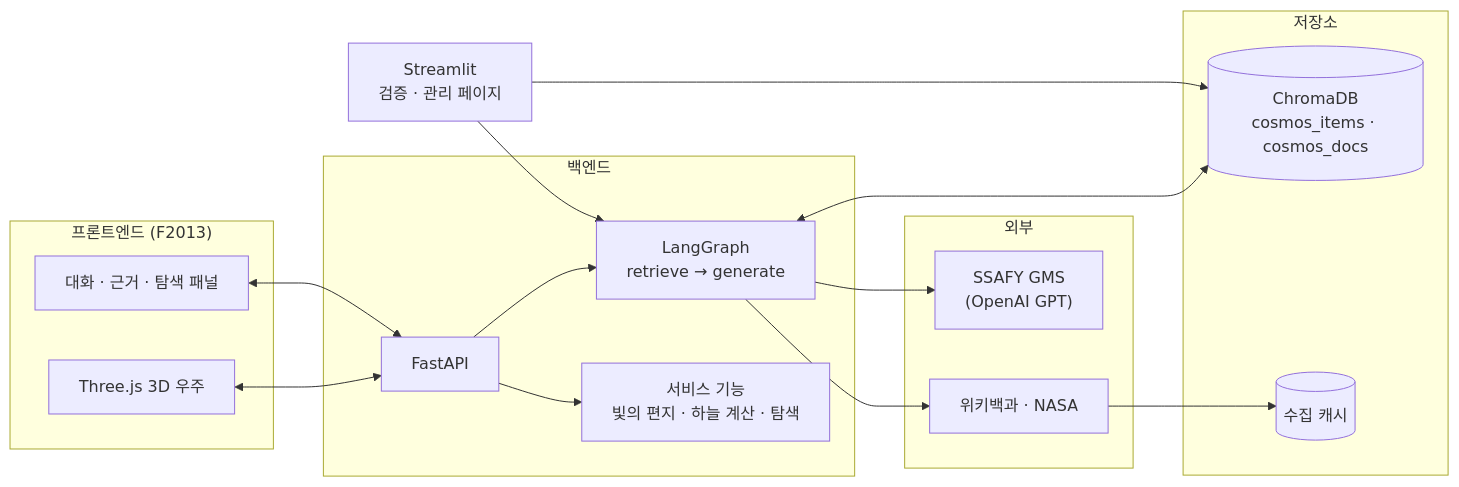
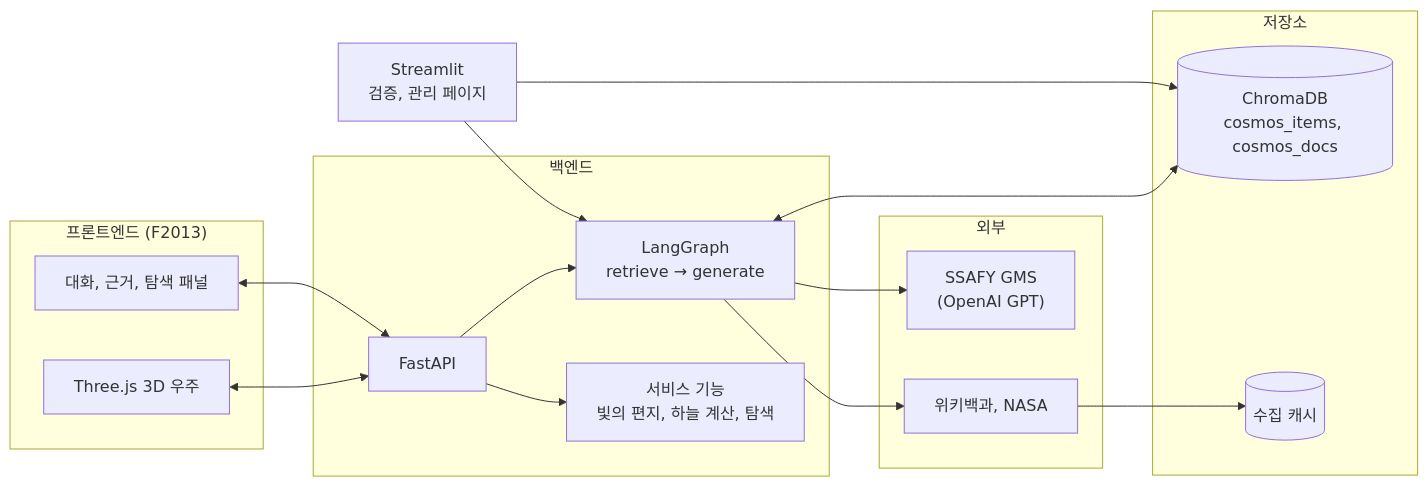
Before and after one commit to bnbong/VastHorizon: the sixth of 7 diagrams in docs/01_project_plan.md, drawn with Mermaid. The commit also changed other lines of this file and 30 other files, not shown here.

````diff
--- a/docs/01_project_plan.md
+++ b/docs/01_project_plan.md
@@ -426,32 +426,32 @@
 ```mermaid
 flowchart LR
     subgraph FE["프론트엔드 (F2013)"]
         T["Three.js 3D 우주"]
-        UI["대화 · 근거 · 탐색 패널"]
+        UI["대화, 근거, 탐색 패널"]
     end
     subgraph BE["백엔드"]
         API["FastAPI"]
         LG["LangGraph<br/>retrieve → generate"]
-        SV["서비스 기능<br/>빛의 편지 · 하늘 계산 · 탐색"]
+        SV["서비스 기능<br/>빛의 편지, 하늘 계산, 탐색"]
     end
     subgraph ST["저장소"]
-        CH[("ChromaDB<br/>cosmos_items · cosmos_docs")]
+        CH[("ChromaDB<br/>cosmos_items, cosmos_docs")]
         CA[("수집 캐시")]
     end
     subgraph EXT["외부"]
         GMS["SSAFY GMS<br/>(OpenAI GPT)"]
-        WK["위키백과 · NASA"]
+        WK["위키백과, NASA"]
     end
-    ADM["Streamlit<br/>검증 · 관리 페이지"]
+    ADM["Streamlit<br/>검증, 관리 페이지"]
 
     T <--> API
     UI <--> API
     API --> LG
     API --> SV
     LG <--> CH
     LG --> GMS
     LG --> WK
     WK --> CA
     ADM --> CH
     ADM --> LG
 ```
````
